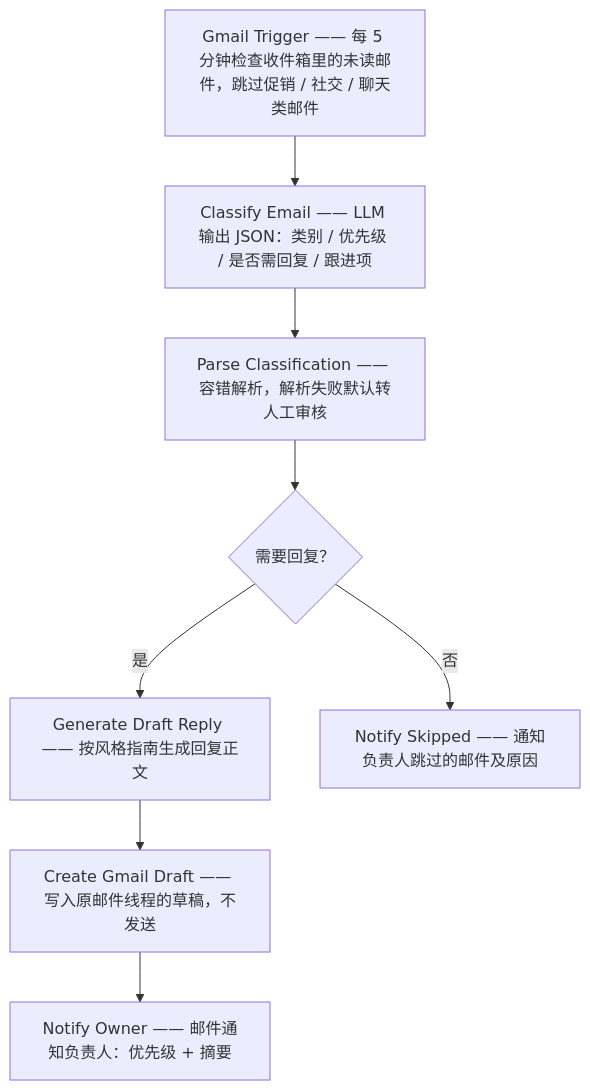
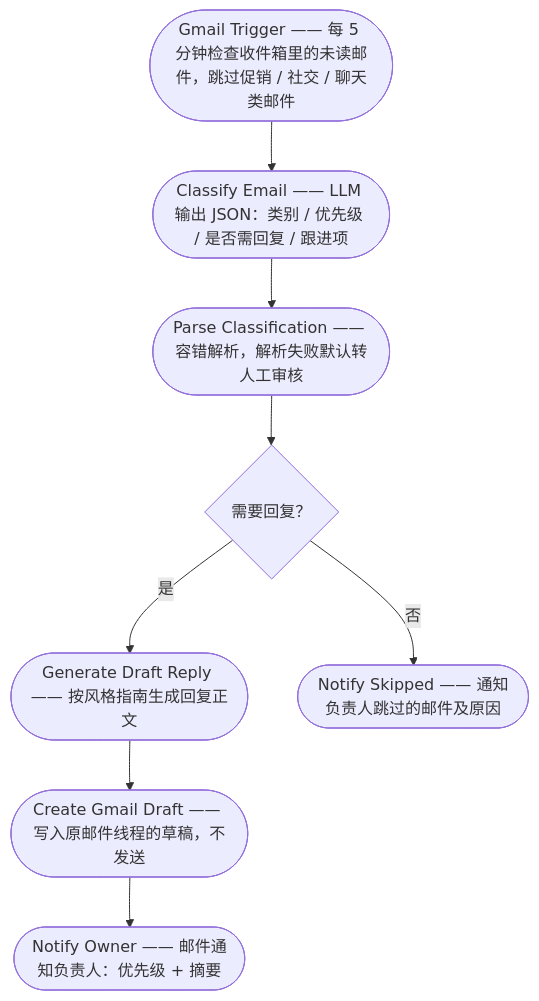
Before and after one commit to sjdgbhb/gmail-ai-assistant: the diagram in README.md, drawn with Mermaid.

Commit message:
docs: use stadium node shape for wider diagram boxes

````diff
--- a/README.md
+++ b/README.md
@@ -51,10 +51,10 @@
 ```mermaid
 flowchart TD
-    A["Gmail Trigger —— 每 5 分钟检查收件箱里的未读邮件，跳过促销 / 社交 / 聊天类邮件"] --> B["Classify Email —— LLM 输出 JSON：类别 / 优先级 / 是否需回复 / 跟进项"]
-    B --> C["Parse Classification —— 容错解析，解析失败默认转人工审核"]
+    A(["Gmail Trigger —— 每 5 分钟检查收件箱里的未读邮件，跳过促销 / 社交 / 聊天类邮件"]) --> B(["Classify Email —— LLM 输出 JSON：类别 / 优先级 / 是否需回复 / 跟进项"])
+    B --> C(["Parse Classification —— 容错解析，解析失败默认转人工审核"])
     C --> D{"需要回复？"}
-    D -- "是" --> E["Generate Draft Reply —— 按风格指南生成回复正文"]
-    E --> F["Create Gmail Draft —— 写入原邮件线程的草稿，不发送"]
-    F --> G["Notify Owner —— 邮件通知负责人：优先级 + 摘要"]
-    D -- "否" --> H["Notify Skipped —— 通知负责人跳过的邮件及原因"]
+    D -- "是" --> E(["Generate Draft Reply —— 按风格指南生成回复正文"])
+    E --> F(["Create Gmail Draft —— 写入原邮件线程的草稿，不发送"])
+    F --> G(["Notify Owner —— 邮件通知负责人：优先级 + 摘要"])
+    D -- "否" --> H(["Notify Skipped —— 通知负责人跳过的邮件及原因"])
 ```
````
